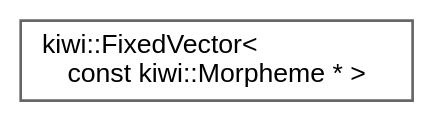
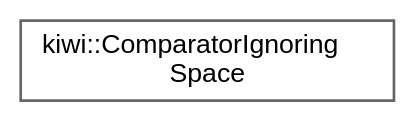
The diagram in inherit_graph_22.dot (bab2min/Kiwi), drawn with Graphviz before and after one commit. The commit also changed 180 other files, not shown here.

```diff
--- a/inherit_graph_22.dot
+++ b/inherit_graph_22.dot
@@ -1,9 +1,9 @@
 digraph "Graphical Class Hierarchy"
 {
  // LATEX_PDF_SIZE
   bgcolor="transparent";
   edge [fontname=Helvetica,fontsize=10,labelfontname=Helvetica,labelfontsize=10];
   node [fontname=Helvetica,fontsize=10,shape=box,height=0.2,width=0.4];
   rankdir="LR";
-  Node0 [id="Node000000",label="kiwi::FixedVector\<\l const kiwi::Morpheme * \>",height=0.2,width=0.4,color="grey40", fillcolor="white", style="filled",URL="$classkiwi_1_1FixedVector.html",tooltip=" "];
+  Node0 [id="Node000000",label="kiwi::ComparatorIgnoring\lSpace",height=0.2,width=0.4,color="grey40", fillcolor="white", style="filled",URL="$structkiwi_1_1ComparatorIgnoringSpace.html",tooltip=" "];
 }
```
